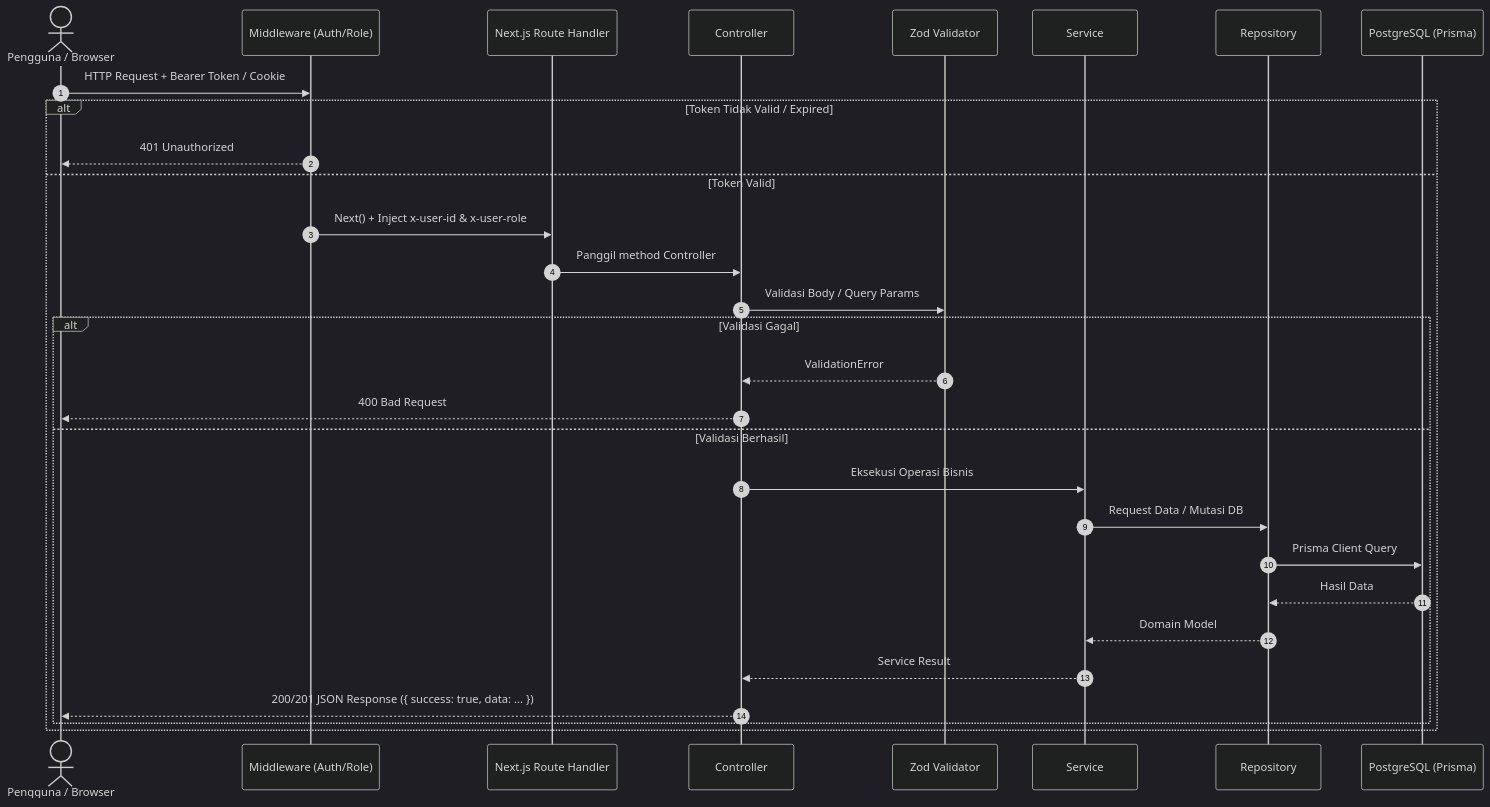
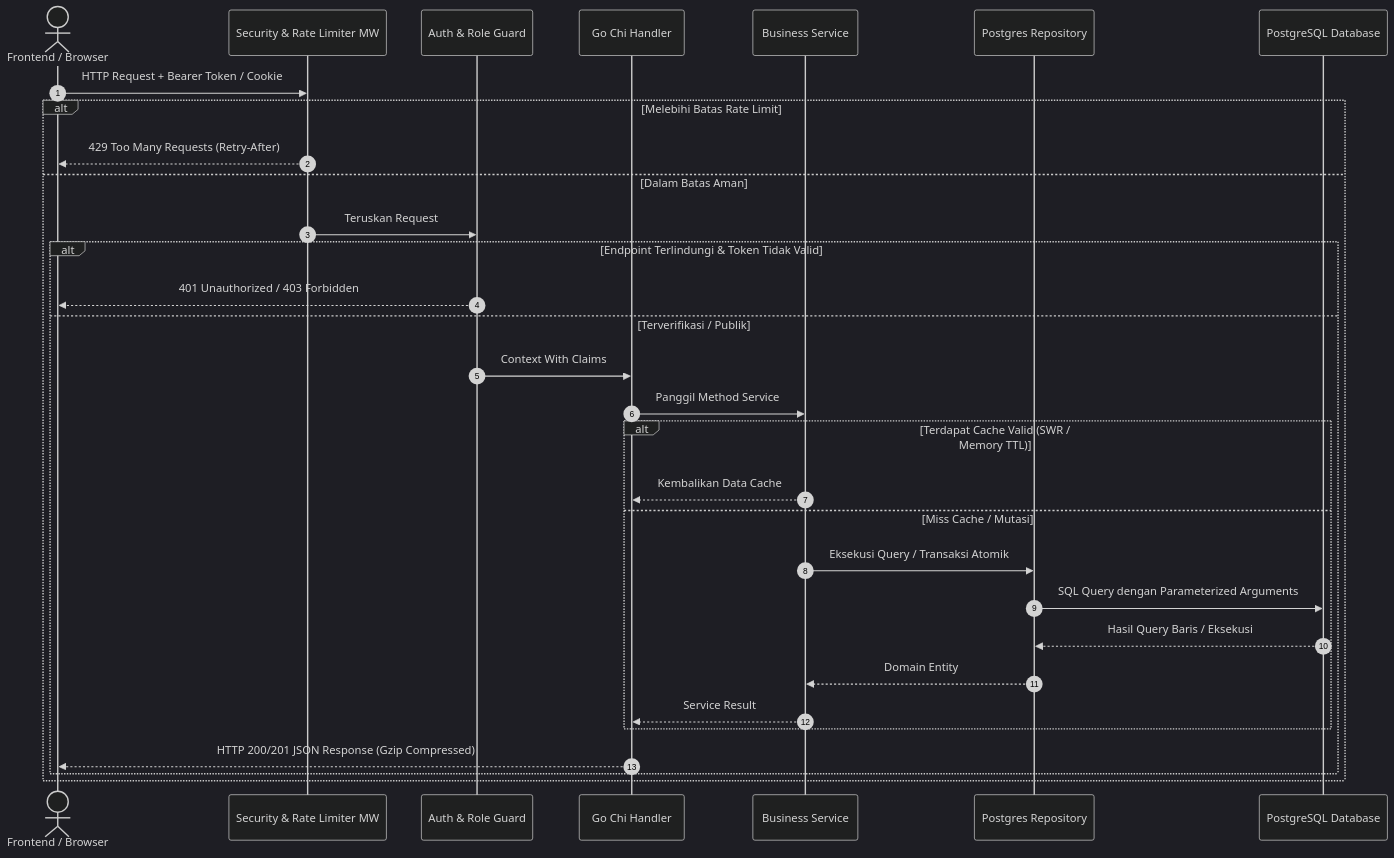
Before and after one commit to Ranggadya/Shoes4Us: the first of 2 diagrams in PROJECT.md, drawn with Mermaid (dark theme). The commit also changed other lines of this file and 3 other files, not shown here.

Commit message:
docs(project): update PROJECT.md to reflect current Go + React architecture, features, and platform hardening

````diff
--- a/PROJECT.md
+++ b/PROJECT.md
@@ -193,33 +107,34 @@
 ```mermaid
 sequenceDiagram
     autonumber
-    actor User as Pengguna / Browser
-    participant MW as Middleware (Auth/Role)
-    participant Route as Next.js Route Handler
-    participant Ctrl as Controller
-    participant Val as Zod Validator
-    participant Svc as Service
-    participant Repo as Repository
-    participant DB as PostgreSQL (Prisma)
+    actor Client as Frontend / Browser
+    participant Sec as Security & Rate Limiter MW
+    participant Auth as Auth & Role Guard
+    participant Handler as Go Chi Handler
+    participant Svc as Business Service
+    participant Repo as Postgres Repository
+    participant DB as PostgreSQL Database
 
-    User->>MW: HTTP Request + Bearer Token / Cookie
-    alt Token Tidak Valid / Expired
-        MW-->>User: 401 Unauthorized
-    else Token Valid
-        MW->>Route: Next() + Inject x-user-id & x-user-role
-        Route->>Ctrl: Panggil method Controller
-        Ctrl->>Val: Validasi Body / Query Params
-        alt Validasi Gagal
-            Val-->>Ctrl: ValidationError
-            Ctrl-->>User: 400 Bad Request
-        else Validasi Berhasil
-            Ctrl->>Svc: Eksekusi Operasi Bisnis
-            Svc->>Repo: Request Data / Mutasi DB
-            Repo->>DB: Prisma Client Query
-            DB-->>Repo: Hasil Data
-            Repo-->>Svc: Domain Model
-            Svc-->>Ctrl: Service Result
-            Ctrl-->>User: 200/201 JSON Response ({ success: true, data: ... })
+    Client->>Sec: HTTP Request + Bearer Token / Cookie
+    alt Melebihi Batas Rate Limit
+        Sec-->>Client: 429 Too Many Requests (Retry-After)
+    else Dalam Batas Aman
+        Sec->>Auth: Teruskan Request
+        alt Endpoint Terlindungi & Token Tidak Valid
+            Auth-->>Client: 401 Unauthorized / 403 Forbidden
+        else Terverifikasi / Publik
+            Auth->>Handler: Context With Claims
+            Handler->>Svc: Panggil Method Service
+            alt Terdapat Cache Valid (SWR / Memory TTL)
+                Svc-->>Handler: Kembalikan Data Cache
+            else Miss Cache / Mutasi
+                Svc->>Repo: Eksekusi Query / Transaksi Atomik
+                Repo->>DB: SQL Query dengan Parameterized Arguments
+                DB-->>Repo: Hasil Query Baris / Eksekusi
+                Repo-->>Svc: Domain Entity
+                Svc-->>Handler: Service Result
+            end
+            Handler-->>Client: HTTP 200/201 JSON Response (Gzip Compressed)
         end
     end
 ```
````
